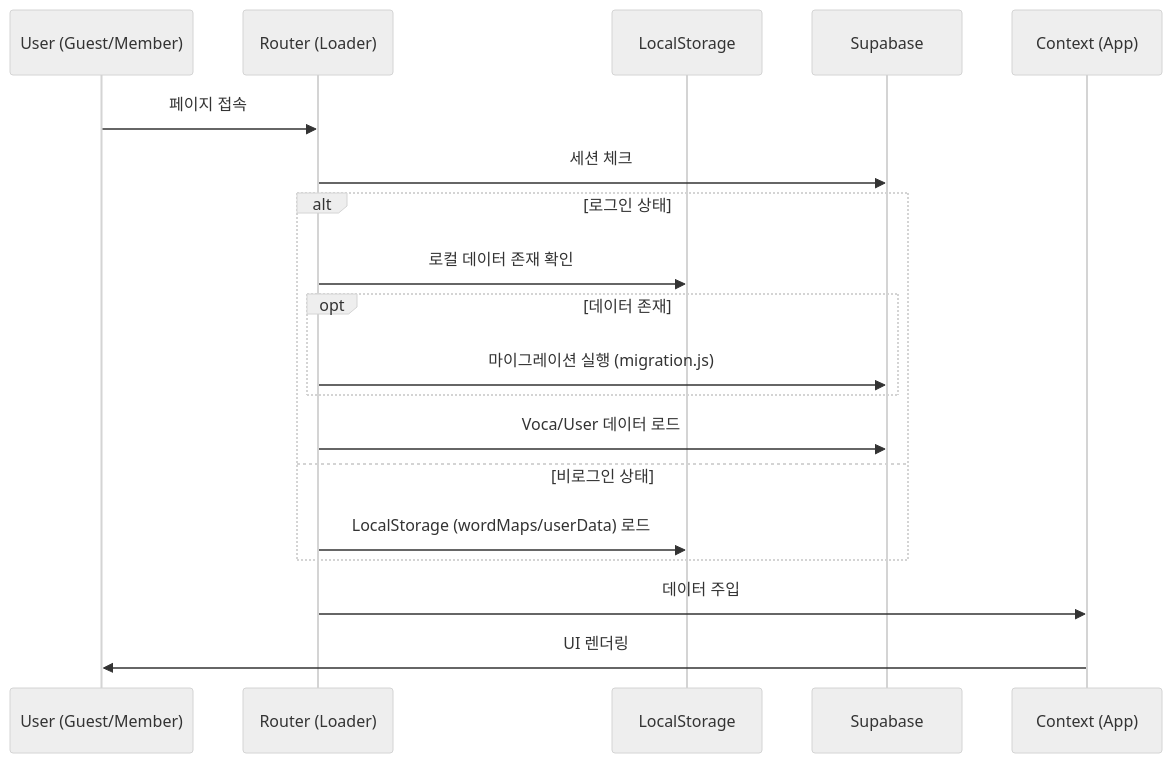
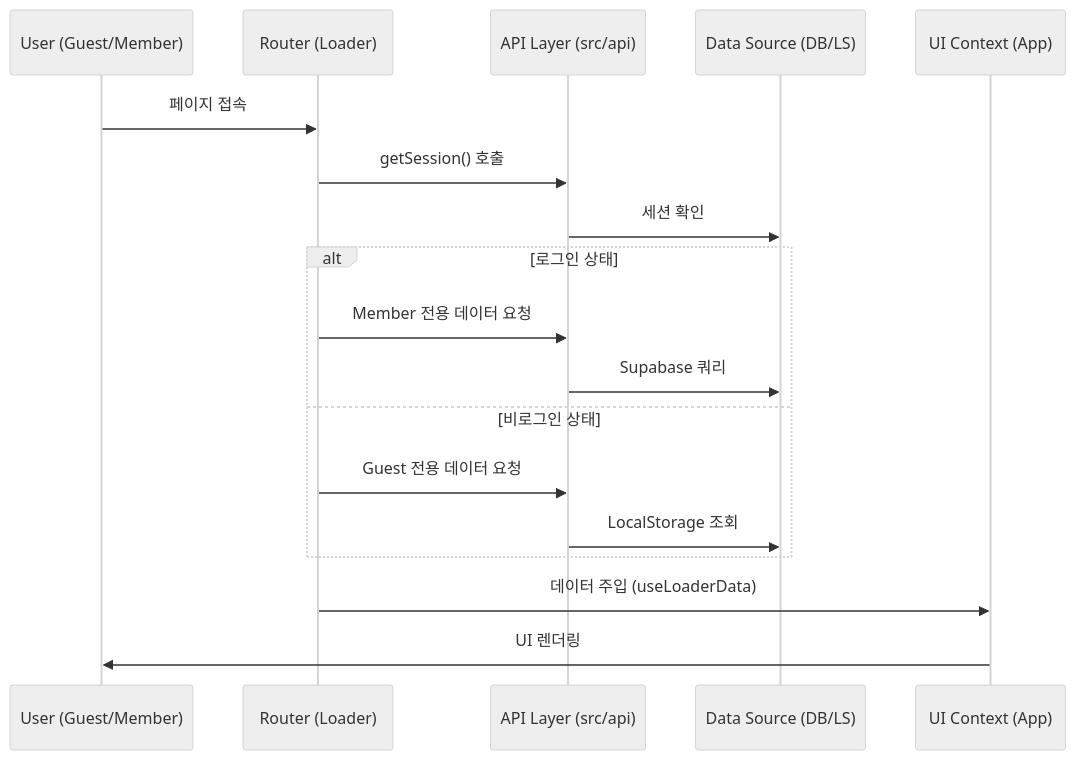
The diagram in src/AGENT.md (funnyhun/MyVoca), drawn with Mermaid (neutral theme) before and after one commit. The commit also changed other lines of this file and 2 other files, not shown here.

````diff
--- a/src/AGENT.md
+++ b/src/AGENT.md
@@ -33,22 +33,21 @@
 ```mermaid
 sequenceDiagram
     participant U as User (Guest/Member)
     participant R as Router (Loader)
-    participant L as LocalStorage
-    participant S as Supabase
-    participant C as Context (App)
+    participant A as API Layer (src/api)
+    participant D as Data Source (DB/LS)
+    participant C as UI Context (App)
 
     U->>R: 페이지 접속
-    R->>S: 세션 체크
+    R->>A: getSession() 호출
+    A->>D: 세션 확인
     alt 로그인 상태
-        R->>L: 로컬 데이터 존재 확인
-        opt 데이터 존재
-            R->>S: 마이그레이션 실행 (migration.js)
-        end
-        R->>S: Voca/User 데이터 로드
+        R->>A: Member 전용 데이터 요청
+        A->>D: Supabase 쿼리
     else 비로그인 상태
-        R->>L: LocalStorage (wordMaps/userData) 로드
+        R->>A: Guest 전용 데이터 요청
+        A->>D: LocalStorage 조회
     end
-    R->>C: 데이터 주입
+    R->>C: 데이터 주입 (useLoaderData)
     C->>U: UI 렌더링
 ```
````
